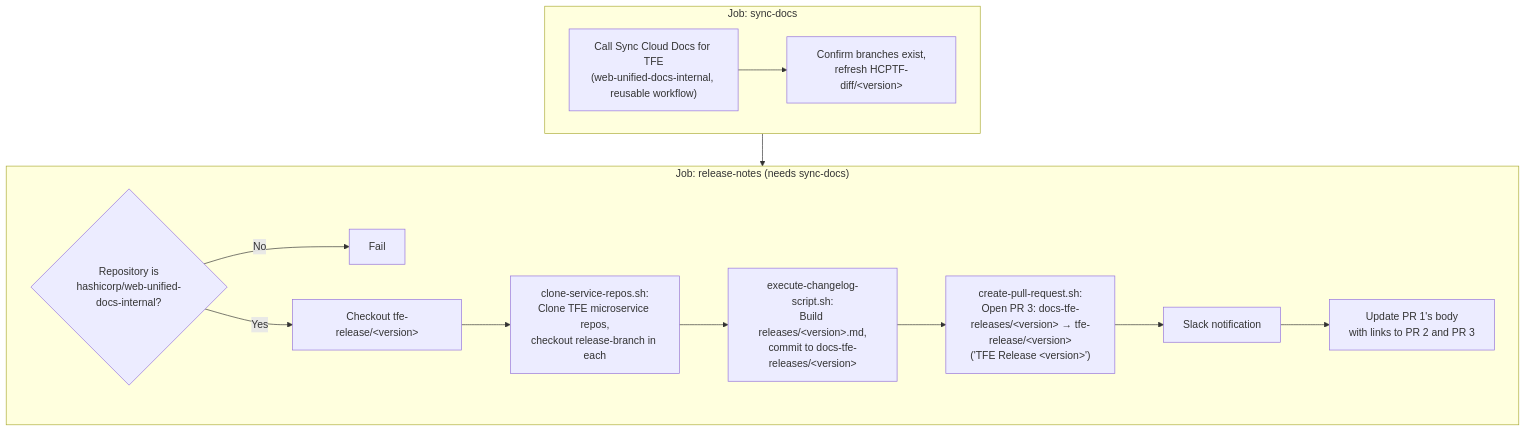
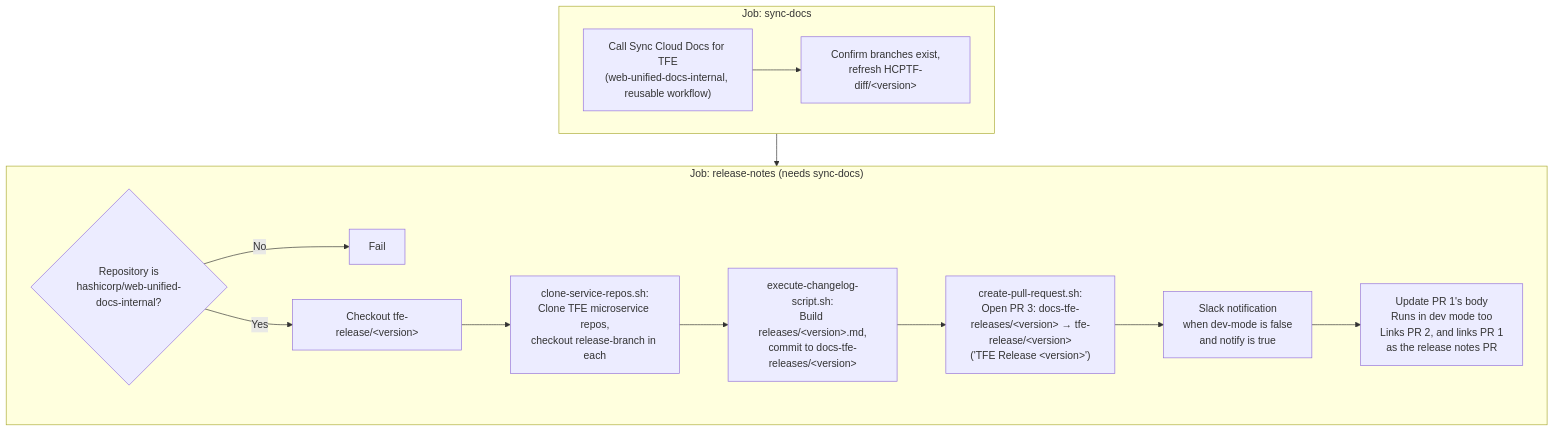
Before and after one commit to hashicorp/web-unified-docs: the fourth of 7 diagrams in docs/workflows/infrastructure-group/publish-tfe-docs.md, drawn with Mermaid. The commit also changed other lines of this file and 5 other files, not shown here.

````diff
--- a/docs/workflows/infrastructure-group/publish-tfe-docs.md
+++ b/docs/workflows/infrastructure-group/publish-tfe-docs.md
@@ -313,17 +329,17 @@
 ```mermaid
 flowchart TD
     subgraph job1["Job: sync-docs"]
         C1["Call Sync Cloud Docs for TFE<br/>(web-unified-docs-internal, reusable workflow)"] --> C2["Confirm branches exist,<br/>refresh HCPTF-diff/&lt;version&gt;"]
     end
     subgraph job2["Job: release-notes (needs sync-docs)"]
         D1{"Repository is<br/>hashicorp/web-unified-docs-internal?"}
         D1 -->|No| D2["Fail"]
         D1 -->|Yes| D3["Checkout tfe-release/&lt;version&gt;"]
         D3 --> D4["clone-service-repos.sh:<br/>Clone TFE microservice repos,<br/>checkout release-branch in each"]
         D4 --> D5["execute-changelog-script.sh:<br/>Build releases/&lt;version&gt;.md,<br/>commit to docs-tfe-releases/&lt;version&gt;"]
         D5 --> D6["create-pull-request.sh:<br/>Open PR 3: docs-tfe-releases/&lt;version&gt; → tfe-release/&lt;version&gt;<br/>('TFE Release &lt;version&gt;')"]
-        D6 --> D7["Slack notification"]
-        D7 --> D8["Update PR 1's body<br/>with links to PR 2 and PR 3"]
+        D6 --> D7["Slack notification<br/>when dev-mode is false<br/>and notify is true"]
+        D7 --> D8["Update PR 1's body<br/>Runs in dev mode too<br/>Links PR 2, and links PR 1<br/>as the release notes PR"]
     end
     job1 --> job2
 ```
````
